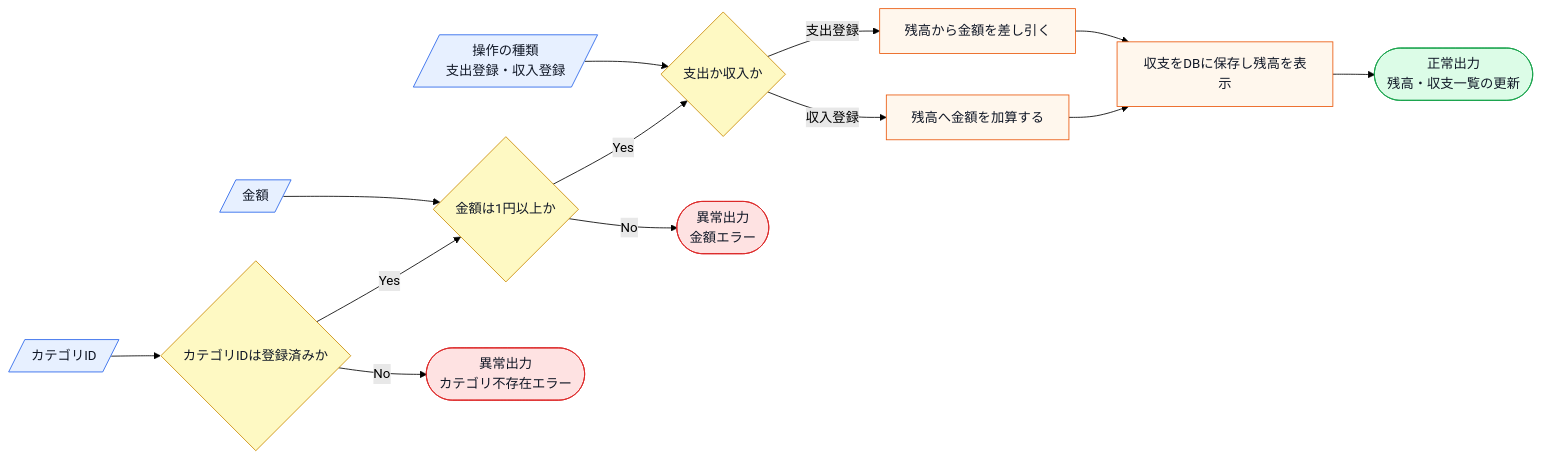
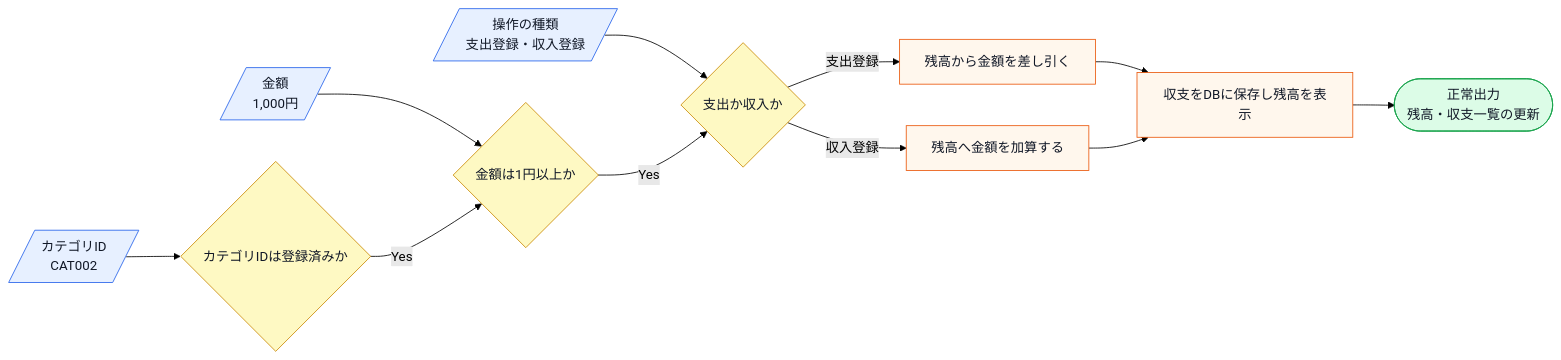
One commit to kumachan1101-pixel/DesignPattern changed the second of 10 diagrams in kindle/design-patterns/output/chapter05.md. Above: the diagram before and after it, drawn with Mermaid (forest theme). The commit also changed other lines of this file and 11 other files, not shown here.

Commit message:
docs: 残タスクの仕様図と外部境界を全章反映

````diff
--- a/kindle/design-patterns/output/chapter05.md
+++ b/kindle/design-patterns/output/chapter05.md
@@ -50,21 +69,18 @@
 ```mermaid
 flowchart LR
     A[/操作の種類<br>支出登録・収入登録/]:::input --> F{支出か収入か}:::decision
-    C[/金額/]:::input --> D{金額は1円以上か}:::decision
-    E[/カテゴリID/]:::input --> B{カテゴリIDは登録済みか}:::decision
+    C[/金額<br>1,000円/]:::input --> D{金額は1円以上か}:::decision
+    E[/カテゴリID<br>CAT002/]:::input --> B{カテゴリIDは登録済みか}:::decision
     B -->|Yes| D
     D -->|Yes| F
     F -->|支出登録| G[残高から金額を差し引く]:::process
     F -->|収入登録| H[残高へ金額を加算する]:::process
     G --> K[収支をDBに保存し残高を表示]:::process
     H --> K
     K --> L([正常出力<br>残高・収支一覧の更新]):::normal
-    B -->|No| M([異常出力<br>カテゴリ不存在エラー]):::error
-    D -->|No| N([異常出力<br>金額エラー]):::error
 
     classDef input fill:#e7f0ff,stroke:#2563eb,color:#111827;
     classDef process fill:#fff7ed,stroke:#ea580c,color:#111827;
     classDef decision fill:#fef9c3,stroke:#ca8a04,color:#111827;
     classDef normal fill:#dcfce7,stroke:#16a34a,color:#111827;
-    classDef error fill:#fee2e2,stroke:#dc2626,color:#111827;
 ```
````
